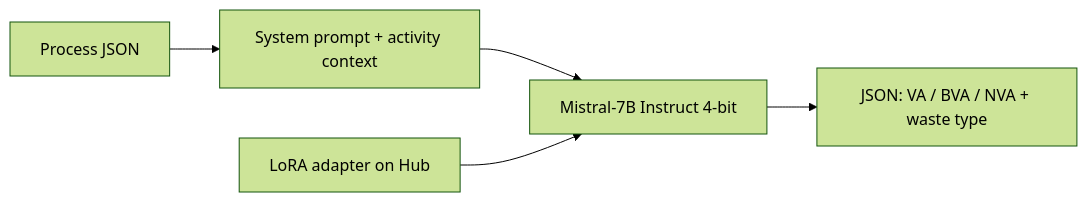
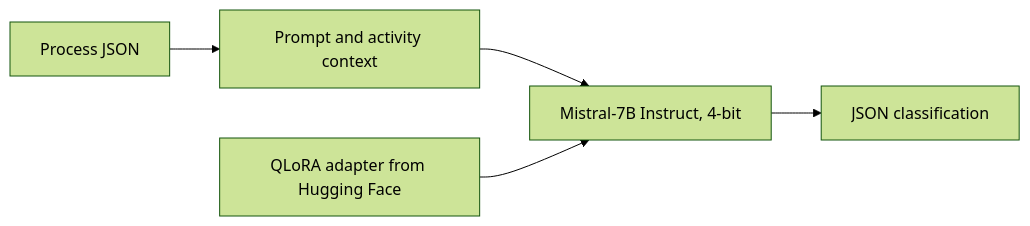
One commit to RidhoIrhamna/VAA_QLoRA_Proj changed the diagram in README.md. Above: the diagram before and after it, drawn with Mermaid (forest theme). The commit also changed other lines of this file, not shown here.

````diff
--- a/README.md
+++ b/README.md
@@ -27,7 +23,7 @@
 ```mermaid
 flowchart LR
-  A[Process JSON] --> B[System prompt + activity context]
-  B --> C[Mistral-7B Instruct 4-bit]
-  D[LoRA adapter on Hub] --> C
-  C --> E[JSON: VA / BVA / NVA + waste type]
+  A[Process JSON] --> B[Prompt and activity context]
+  B --> C[Mistral-7B Instruct, 4-bit]
+  D[QLoRA adapter from Hugging Face] --> C
+  C --> E[JSON classification]
 ```
````
